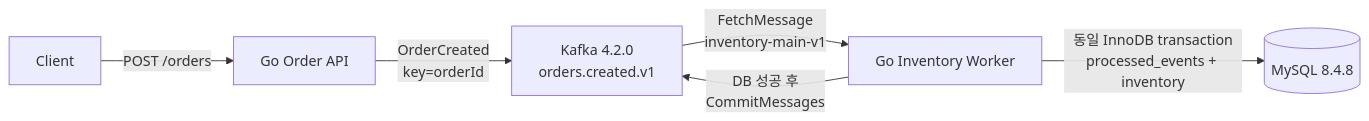
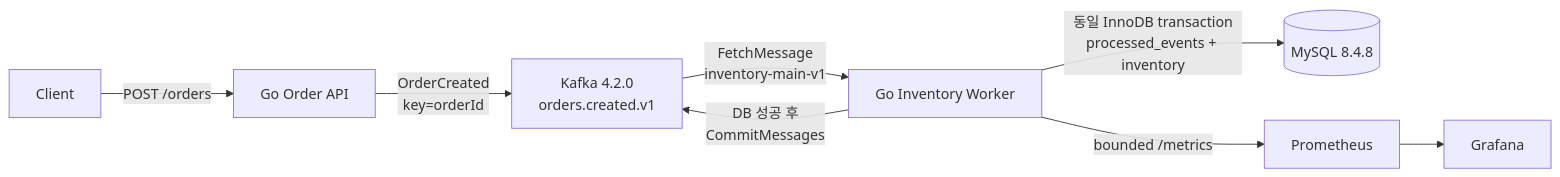
Before and after one commit to whxodus0121/kafka-recovery-lab: the diagram in README.md, drawn with Mermaid. The commit also changed other lines of this file and 26 other files, not shown here.

````diff
--- a/README.md
+++ b/README.md
@@ -9,8 +9,10 @@
 ```mermaid
 flowchart LR
     Client -->|POST /orders| API[Go Order API]
     API -->|OrderCreated<br/>key=orderId| Kafka[Kafka 4.2.0<br/>orders.created.v1]
     Kafka -->|FetchMessage<br/>inventory-main-v1| Worker[Go Inventory Worker]
     Worker -->|동일 InnoDB transaction<br/>processed_events + inventory| MySQL[(MySQL 8.4.8)]
     Worker -->|DB 성공 후<br/>CommitMessages| Kafka
+    Worker -->|bounded /metrics| Prometheus
+    Prometheus --> Grafana
 ```
````
